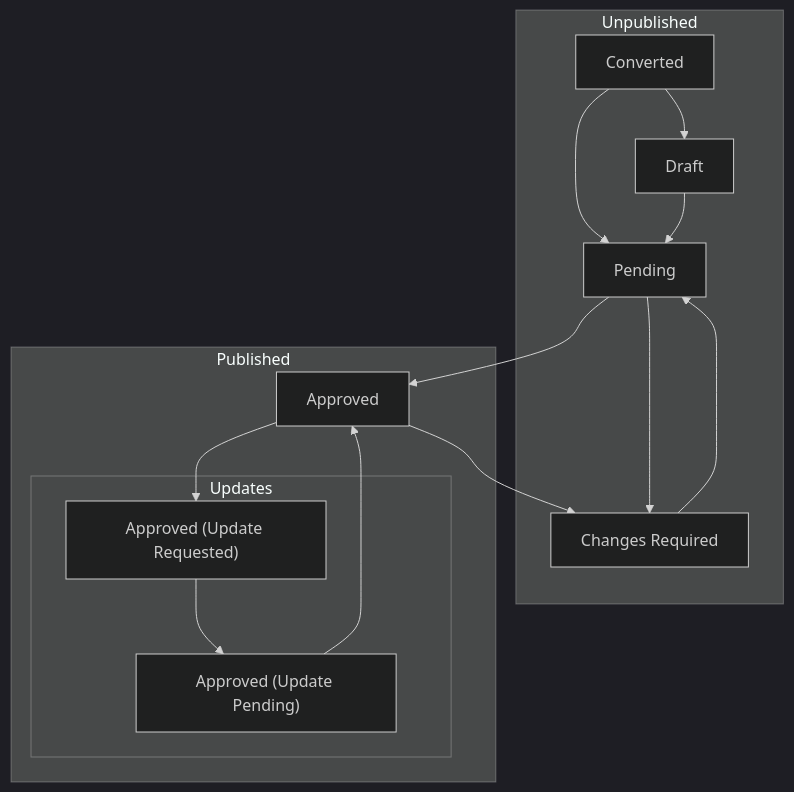
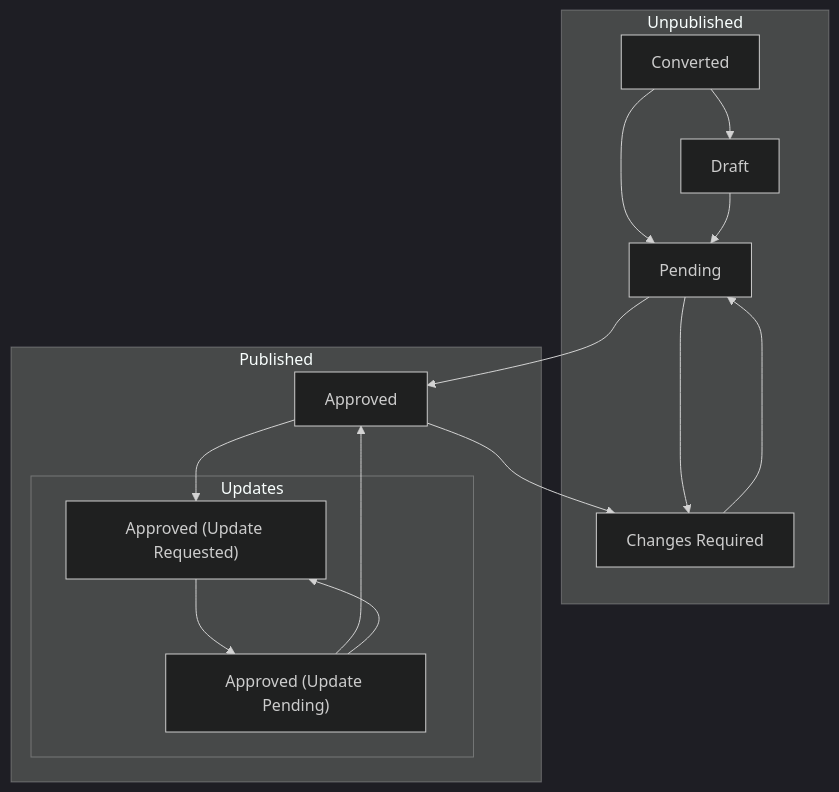
The diagram in README.md (opendp/deployments-registry-data), drawn with Mermaid (dark theme) before and after one commit.

Commit message:
Update README.md
fix arrows

````diff
--- a/README.md
+++ b/README.md
@@ -20,18 +20,19 @@
 ```mermaid
 graph TD
     subgraph Unpublished
         Converted --> Draft
         Converted --> Pending
         Draft --> Pending
         Pending --> Changes["Changes Required"] --> Pending
     end
     subgraph Published
         subgraph Updates
             Update["Approved (Update Requested)"] --> Repending["Approved (Update Pending)"]
         end
         Approved --> Update["Approved (Update Requested)"] 
         Repending --> Approved
+        Repending --> Update["Approved (Update Requested)"] 
     end
     Pending --> Approved
     Approved --> Changes
 ```
````
